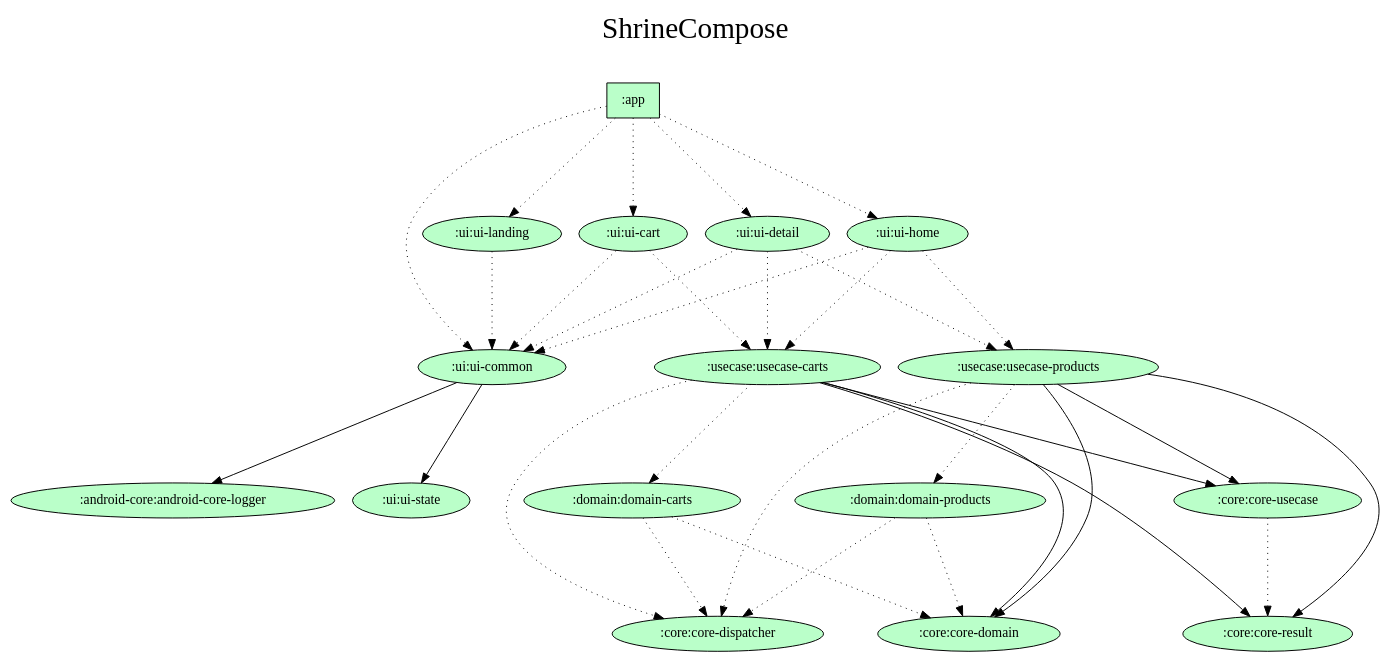
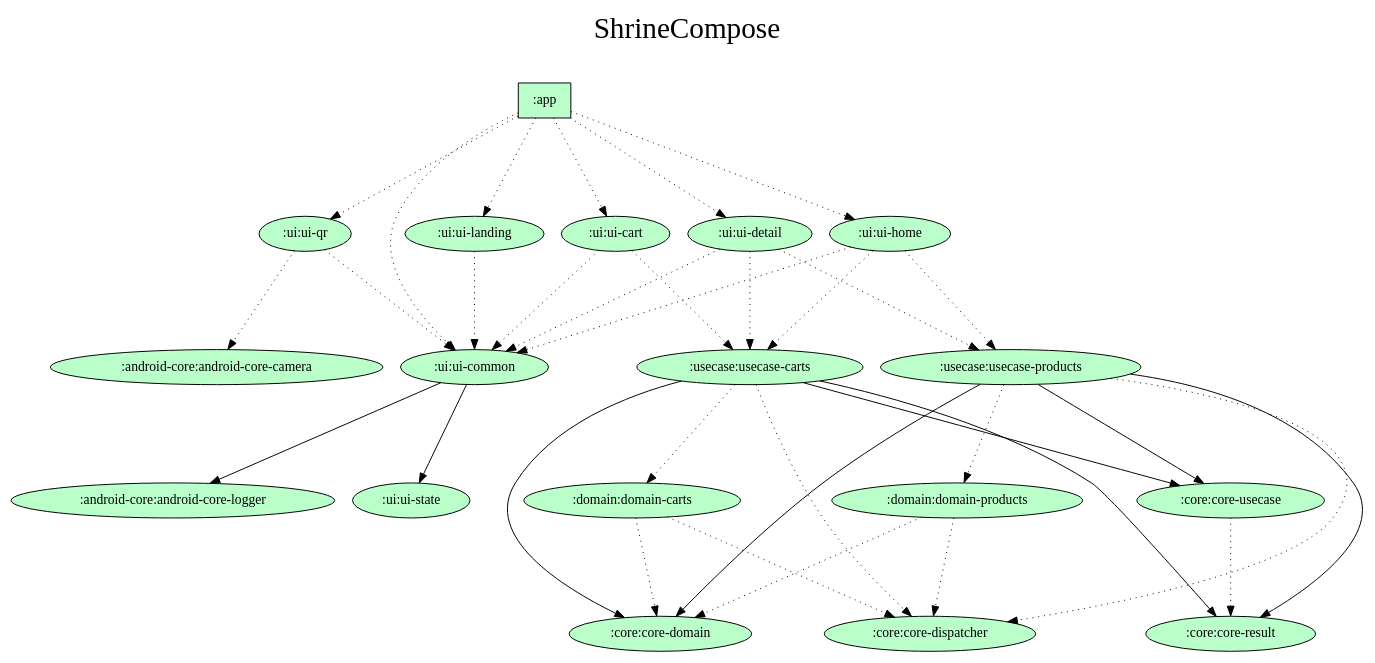
The diagram in gradle/dependency-graph/project.dot (android-tut-study/jetpack-compose-template), drawn with Graphviz before and after one commit. The commit also changed 1 other file, not shown here.

Commit message:
Update dependency graph

```diff
--- a/gradle/dependency-graph/project.dot
+++ b/gradle/dependency-graph/project.dot
@@ -1,60 +1,65 @@
 digraph {
   graph [label="ShrineCompose\n ",labelloc=t,fontsize=30,ranksep=1.4];
   node [style=filled, fillcolor="#bbbbbb"];
   rankdir=TB;
 
   # Projects
 
+  ":android-core:android-core-camera" [fillcolor="#baffc9"];
   ":android-core:android-core-logger" [fillcolor="#baffc9"];
   ":app" [shape=box, fillcolor="#baffc9"];
   ":core:core-dispatcher" [fillcolor="#baffc9"];
   ":core:core-domain" [fillcolor="#baffc9"];
   ":core:core-result" [fillcolor="#baffc9"];
   ":core:core-usecase" [fillcolor="#baffc9"];
   ":domain:domain-carts" [fillcolor="#baffc9"];
   ":domain:domain-products" [fillcolor="#baffc9"];
   ":ui:ui-cart" [fillcolor="#baffc9"];
   ":ui:ui-common" [fillcolor="#baffc9"];
   ":ui:ui-detail" [fillcolor="#baffc9"];
   ":ui:ui-home" [fillcolor="#baffc9"];
   ":ui:ui-landing" [fillcolor="#baffc9"];
+  ":ui:ui-qr" [fillcolor="#baffc9"];
   ":ui:ui-state" [fillcolor="#baffc9"];
   ":usecase:usecase-carts" [fillcolor="#baffc9"];
   ":usecase:usecase-products" [fillcolor="#baffc9"];
 
   {rank = same; ":app";}
 
   # Dependencies
 
   ":app" -> ":ui:ui-common" [style=dotted]
   ":app" -> ":ui:ui-landing" [style=dotted]
   ":app" -> ":ui:ui-home" [style=dotted]
   ":app" -> ":ui:ui-detail" [style=dotted]
   ":app" -> ":ui:ui-cart" [style=dotted]
+  ":app" -> ":ui:ui-qr" [style=dotted]
   ":core:core-usecase" -> ":core:core-result" [style=dotted]
   ":domain:domain-carts" -> ":core:core-domain" [style=dotted]
   ":domain:domain-carts" -> ":core:core-dispatcher" [style=dotted]
   ":domain:domain-products" -> ":core:core-domain" [style=dotted]
   ":domain:domain-products" -> ":core:core-dispatcher" [style=dotted]
   ":ui:ui-cart" -> ":ui:ui-common" [style=dotted]
   ":ui:ui-cart" -> ":usecase:usecase-carts" [style=dotted]
   ":ui:ui-common" -> ":ui:ui-state"
   ":ui:ui-common" -> ":android-core:android-core-logger"
   ":ui:ui-detail" -> ":ui:ui-common" [style=dotted]
   ":ui:ui-detail" -> ":usecase:usecase-products" [style=dotted]
   ":ui:ui-detail" -> ":usecase:usecase-carts" [style=dotted]
   ":ui:ui-home" -> ":ui:ui-common" [style=dotted]
   ":ui:ui-home" -> ":usecase:usecase-products" [style=dotted]
   ":ui:ui-home" -> ":usecase:usecase-carts" [style=dotted]
   ":ui:ui-landing" -> ":ui:ui-common" [style=dotted]
+  ":ui:ui-qr" -> ":ui:ui-common" [style=dotted]
+  ":ui:ui-qr" -> ":android-core:android-core-camera" [style=dotted]
   ":usecase:usecase-carts" -> ":core:core-usecase"
   ":usecase:usecase-carts" -> ":core:core-result"
   ":usecase:usecase-carts" -> ":core:core-domain"
   ":usecase:usecase-carts" -> ":core:core-dispatcher" [style=dotted]
   ":usecase:usecase-carts" -> ":domain:domain-carts" [style=dotted]
   ":usecase:usecase-products" -> ":core:core-usecase"
   ":usecase:usecase-products" -> ":core:core-result"
   ":usecase:usecase-products" -> ":core:core-domain"
   ":usecase:usecase-products" -> ":core:core-dispatcher" [style=dotted]
   ":usecase:usecase-products" -> ":domain:domain-products" [style=dotted]
 }
```
